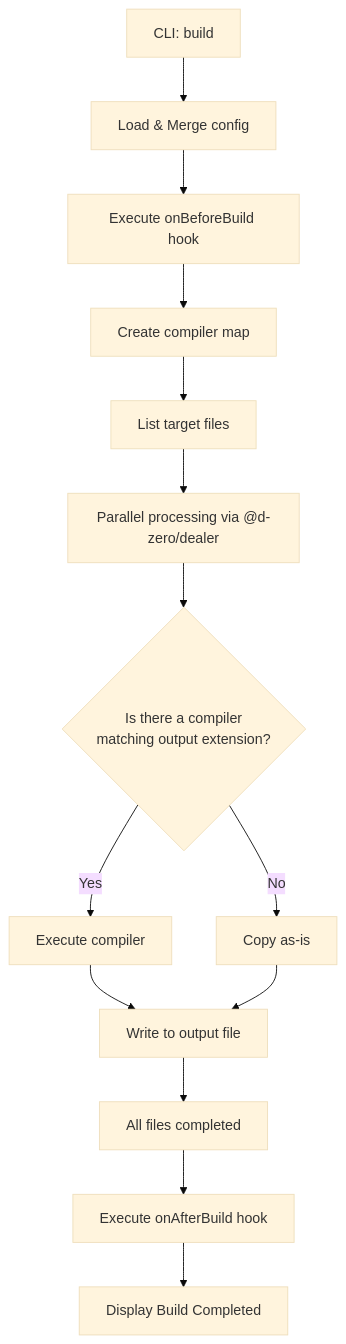
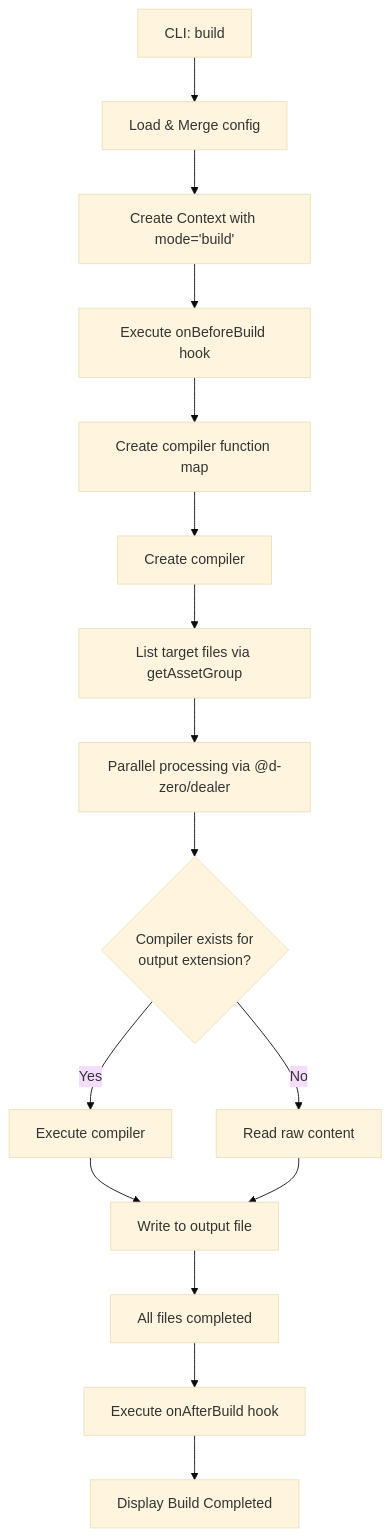
One commit to d-zero-dev/kamado changed the first of 2 diagrams in packages/kamado/ARCHITECTURE.md. Above: the diagram before and after it, drawn with Mermaid (base theme). The commit also changed other lines of this file and 1 other file, not shown here.

First line of the commit message:
docs(kamado): update flow diagrams and add pageList hook documentation

````diff
--- a/packages/kamado/ARCHITECTURE.md
+++ b/packages/kamado/ARCHITECTURE.md
@@ -173,16 +173,18 @@
 ```mermaid
 graph TD
     A[CLI: build] --> B[Load & Merge config]
-    B --> C[Execute onBeforeBuild hook]
-    C --> D[Create compiler map]
-    D --> E[List target files]
+    B --> B2[Create Context with mode='build']
+    B2 --> C[Execute onBeforeBuild hook]
+    C --> D[Create compiler function map]
+    D --> D2[Create compiler]
+    D2 --> E[List target files via getAssetGroup]
     E --> F[Parallel processing via @d-zero/dealer]
-    F --> G{Is there a compiler<br>matching output extension?}
+    F --> G{Compiler exists for<br>output extension?}
     G -- Yes --> H[Execute compiler]
-    G -- No --> I[Copy as-is]
+    G -- No --> I[Read raw content]
     H --> J[Write to output file]
     I --> J
     J --> K[All files completed]
     K --> L[Execute onAfterBuild hook]
     L --> M[Display Build Completed]
 ```
````
